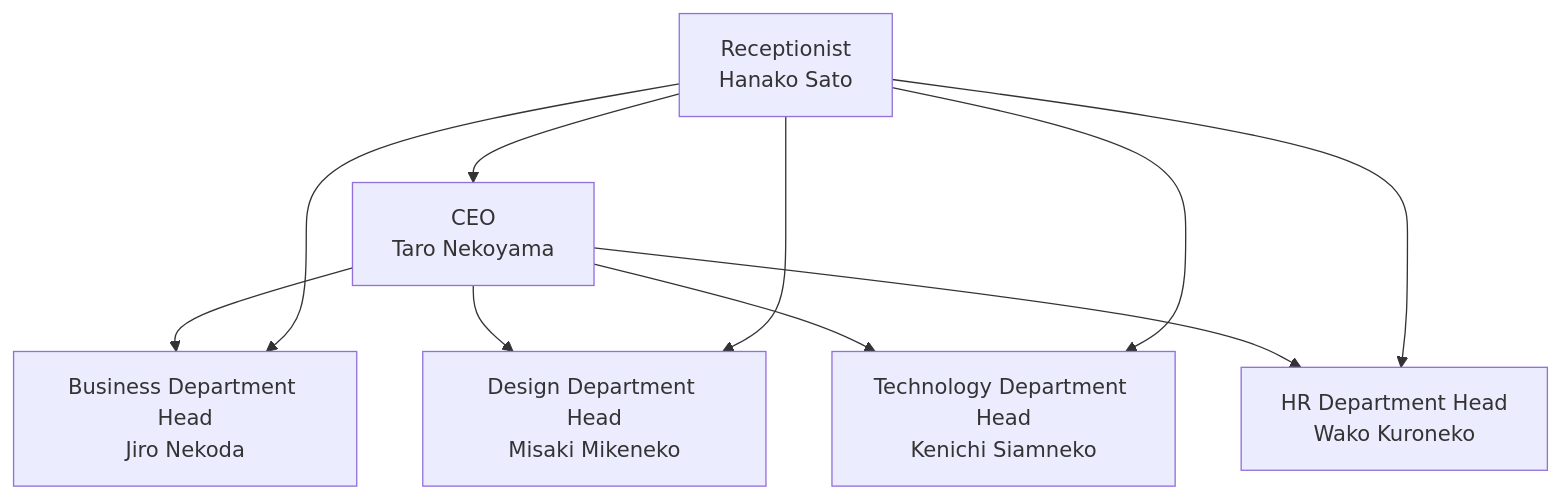
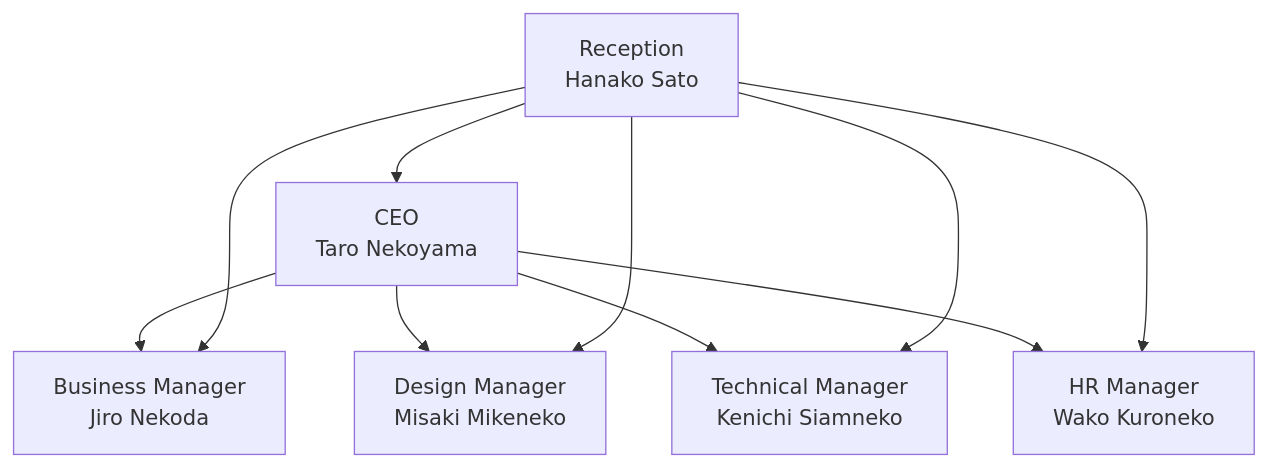
One commit to Sunwood-ai-labs/swarm-neko-neko-company changed the diagram in docs/README.en.md. Above: the diagram before and after it, drawn with Mermaid. The commit also changed other lines of this file, not shown here.

````diff
--- a/docs/README.en.md
+++ b/docs/README.en.md
@@ -7,12 +50,12 @@
 ```mermaid
 graph TD
-    A[CEO<br>Taro Nekoyama] --> B[Business Department Head<br>Jiro Nekoda]
-    A --> C[Design Department Head<br>Misaki Mikeneko]
-    A --> D[Technology Department Head<br>Kenichi Siamneko]
-    A --> E[HR Department Head<br>Wako Kuroneko]
-    F[Receptionist<br>Hanako Sato] --> A
+    A[CEO<br>Taro Nekoyama] --> B[Business Manager<br>Jiro Nekoda]
+    A --> C[Design Manager<br>Misaki Mikeneko]
+    A --> D[Technical Manager<br>Kenichi Siamneko]
+    A --> E[HR Manager<br>Wako Kuroneko]
+    F[Reception<br>Hanako Sato] --> A
     F --> B
     F --> C
     F --> D
     F --> E
 ```
````
